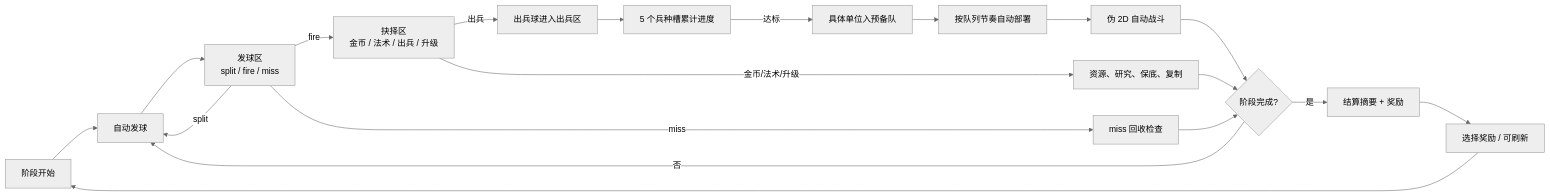
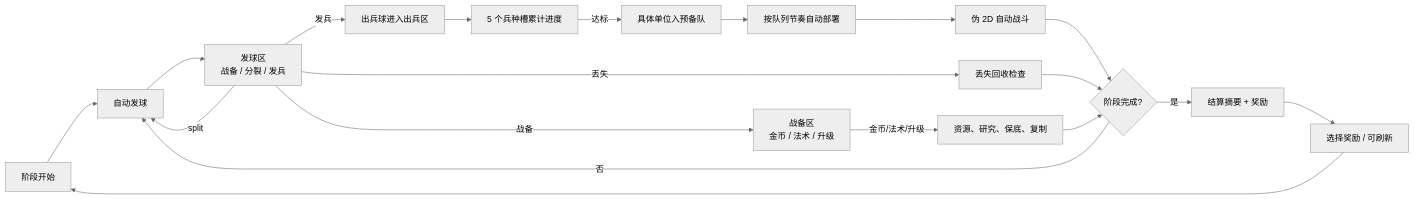
One commit to moxxxYc/planB changed the diagram in docs/CURRENT_GAMEPLAY_DESIGN.md. Above: the diagram before and after it, drawn with Mermaid (neutral theme). The commit also changed other lines of this file and 83 other files, not shown here.

````diff
--- a/docs/CURRENT_GAMEPLAY_DESIGN.md
+++ b/docs/CURRENT_GAMEPLAY_DESIGN.md
@@ -28,21 +28,21 @@
 ```mermaid
 flowchart LR
   A["阶段开始"] --> B["自动发球"]
-  B --> C["发球区<br/>split / fire / miss"]
+  B --> C["发球区<br/>战备 / 分裂 / 发兵"]
   C -->|"split"| B
-  C -->|"fire"| D["抉择区<br/>金币 / 法术 / 出兵 / 升级"]
-  C -->|"miss"| R1["miss 回收检查"]
-  D -->|"出兵"| E["出兵球进入出兵区"]
+  C -->|"战备"| D["战备区<br/>金币 / 法术 / 升级"]
+  C -->|"发兵"| E["出兵球进入出兵区"]
+  C -->|"丢失"| R1["丢失回收检查"]
   D -->|"金币/法术/升级"| R2["资源、研究、保底、复制"]
   E --> F["5 个兵种槽累计进度"]
   F -->|"达标"| G["具体单位入预备队"]
   G --> H["按队列节奏自动部署"]
   H --> I["伪 2D 自动战斗"]
   I --> J{"阶段完成?"}
   R1 --> J
   R2 --> J
   J -->|"否"| B
   J -->|"是"| K["结算摘要 + 奖励"]
   K --> L["选择奖励 / 可刷新"]
   L --> A
 ```
````
